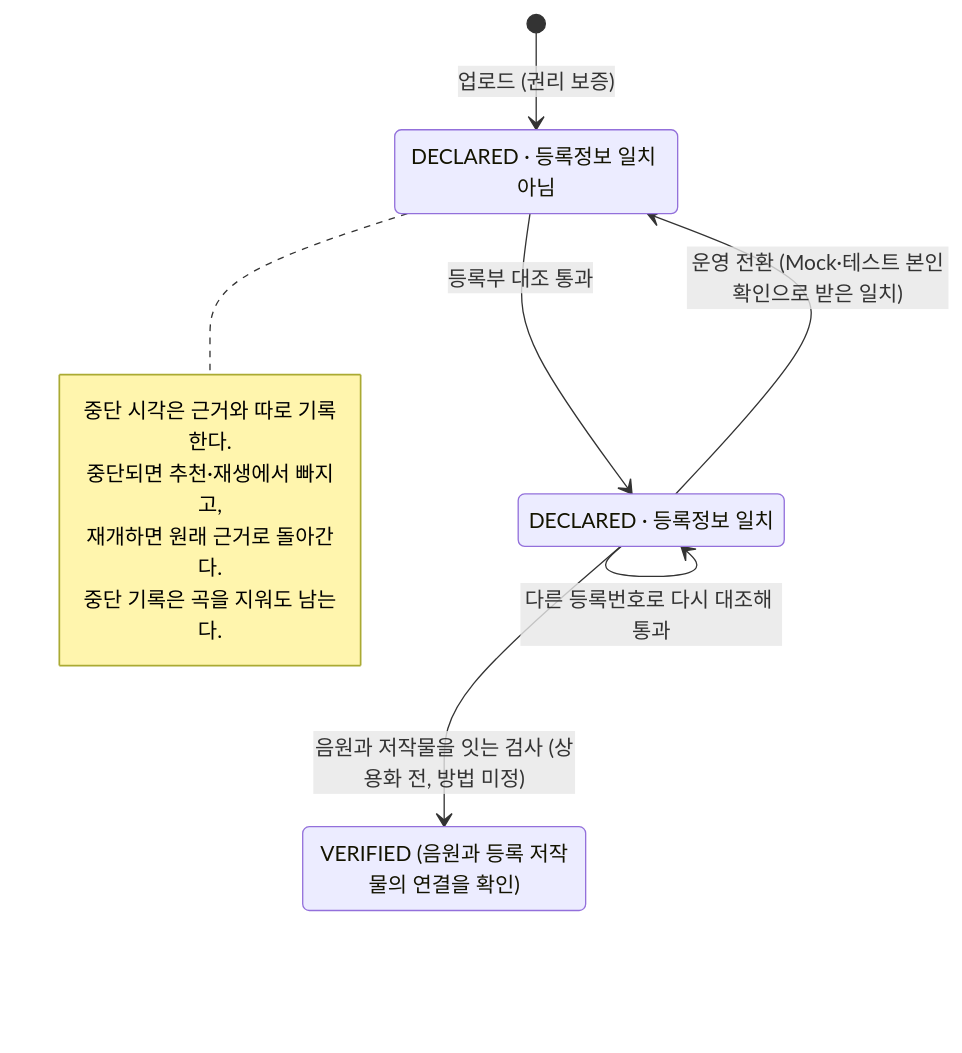
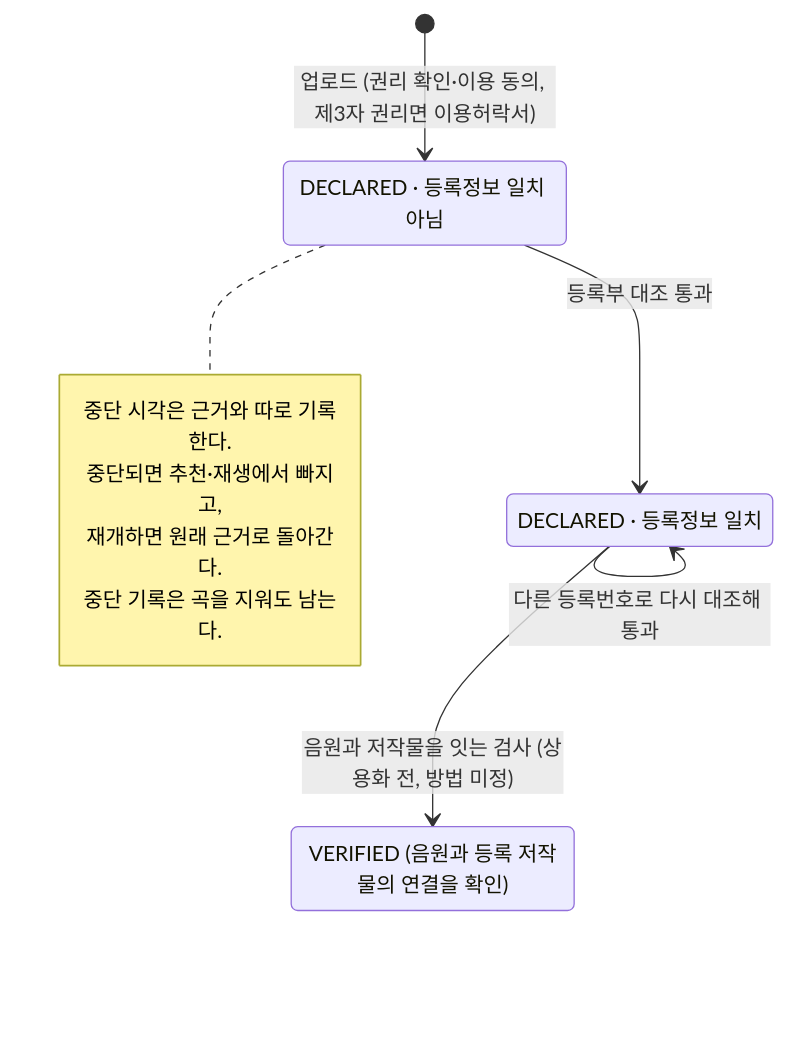
Before and after one commit to nsuCapstoneTeam/NSU_CAPSTONE: the diagram in docs/adr/music_upload/01_music_rights_verification.md, drawn with Mermaid. The commit also changed other lines of this file and 7 other files, not shown here.

````diff
--- a/docs/adr/music_upload/01_music_rights_verification.md
+++ b/docs/adr/music_upload/01_music_rights_verification.md
@@ -34,17 +35,16 @@
 ```mermaid
 stateDiagram-v2
     state "DECLARED · 등록정보 일치 아님" as D0
     state "DECLARED · 등록정보 일치" as D1
     state "VERIFIED (음원과 등록 저작물의 연결을 확인)" as V
-    [*] --> D0: 업로드 (권리 보증)
+    [*] --> D0: 업로드 (권리 확인·이용 동의, 제3자 권리면 이용허락서)
     D0 --> D1: 등록부 대조 통과
     D1 --> D1: 다른 등록번호로 다시 대조해 통과
-    D1 --> D0: 운영 전환 (Mock·테스트 본인확인으로 받은 일치)
     D1 --> V: 음원과 저작물을 잇는 검사 (상용화 전, 방법 미정)
     note right of D0
         중단 시각은 근거와 따로 기록한다.
         중단되면 추천·재생에서 빠지고,
         재개하면 원래 근거로 돌아간다.
         중단 기록은 곡을 지워도 남는다.
     end note
 ```
````
